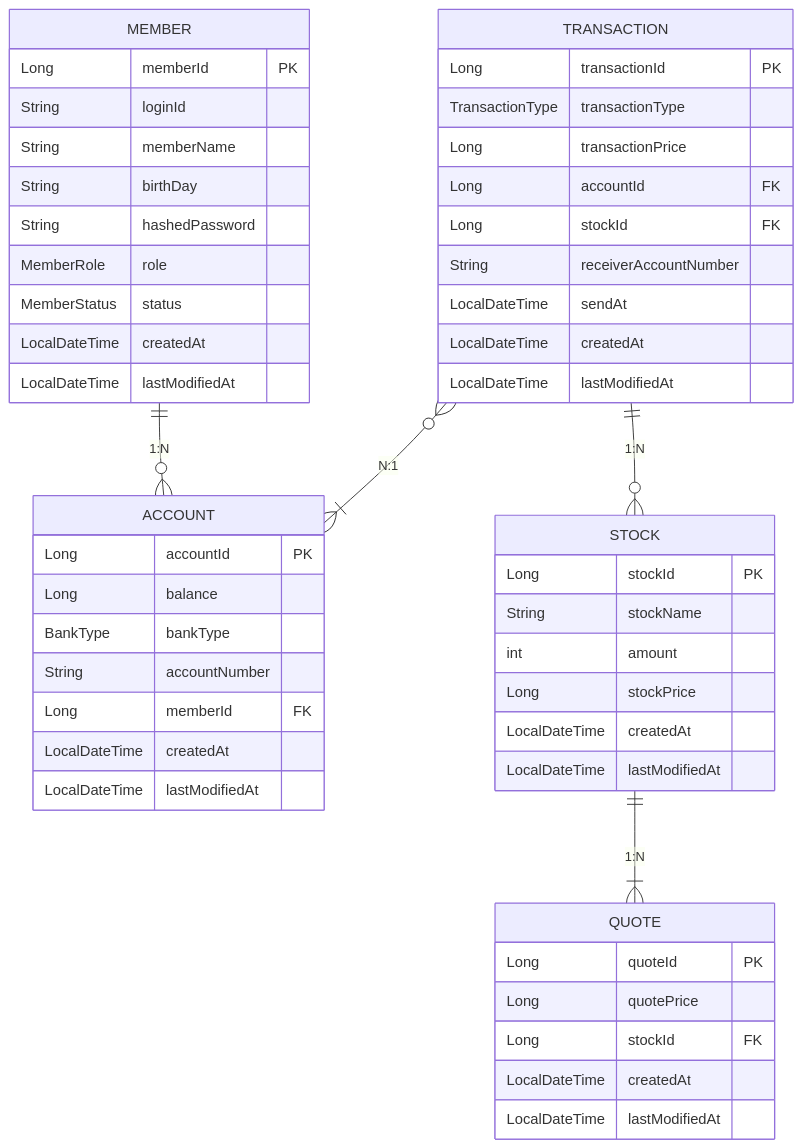
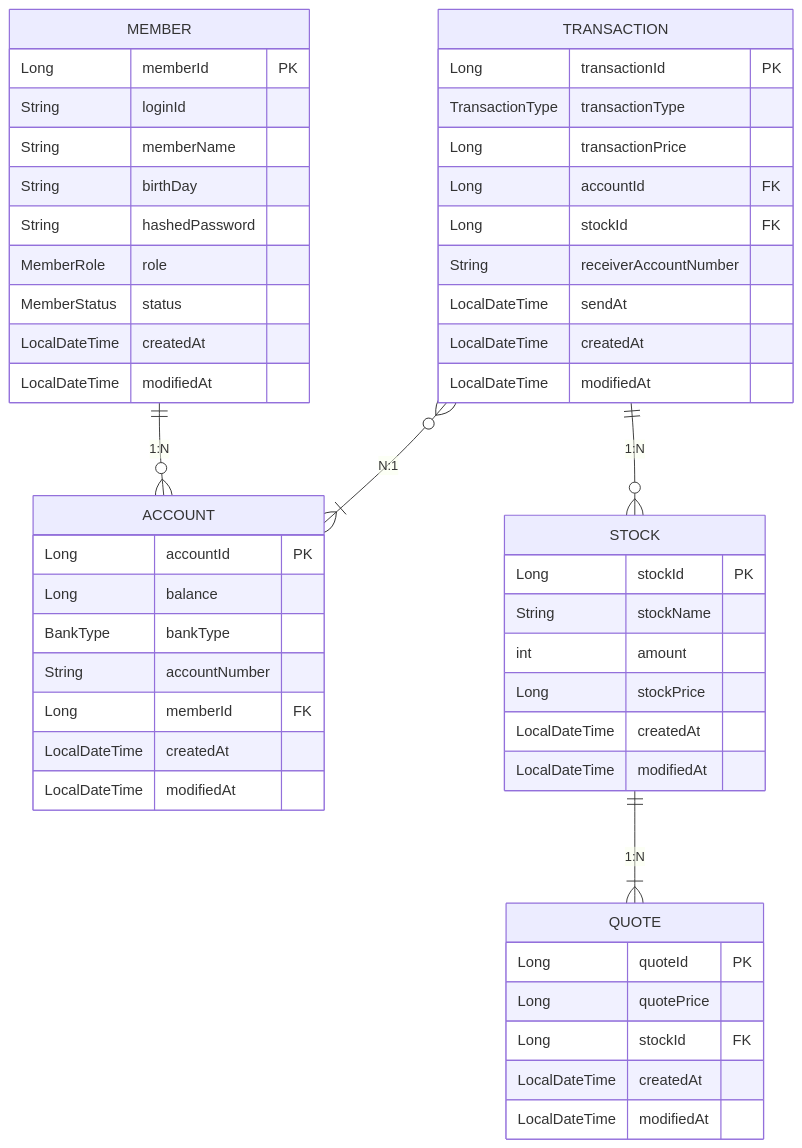
One commit to jongwanra/toss-server-batch changed the diagram in README.md. Above: the diagram before and after it, drawn with Mermaid. The commit also changed 5 other files, not shown here.

````diff
--- a/README.md
+++ b/README.md
@@ -11,56 +11,56 @@
 ```mermaid
 erDiagram
     MEMBER ||--o{ ACCOUNT : "1:N"
     MEMBER {
         Long memberId PK
         String loginId
         String memberName
         String birthDay
         String hashedPassword
         MemberRole role
         MemberStatus status
         LocalDateTime createdAt
-        LocalDateTime lastModifiedAt
+        LocalDateTime modifiedAt
     }
     ACCOUNT {
         Long accountId PK
         Long balance
         BankType bankType
         String accountNumber
         Long memberId FK
         LocalDateTime createdAt
-        LocalDateTime lastModifiedAt
+        LocalDateTime modifiedAt
     }
     
     TRANSACTION ||--o{ STOCK : "1:N"
     TRANSACTION }o--|{ ACCOUNT: "N:1"
     TRANSACTION {
         Long transactionId PK
         TransactionType transactionType
         Long transactionPrice
         Long accountId FK
         Long stockId FK
         String receiverAccountNumber
         LocalDateTime sendAt
         LocalDateTime createdAt
-        LocalDateTime lastModifiedAt
+        LocalDateTime modifiedAt
         
     }
     STOCK ||--|{ QUOTE : "1:N"
     STOCK {
         Long stockId PK
         String stockName
         int amount
         Long stockPrice
         LocalDateTime createdAt
-        LocalDateTime lastModifiedAt
+        LocalDateTime modifiedAt
     }
     QUOTE {
         Long quoteId PK
         Long quotePrice
         Long stockId FK
         LocalDateTime createdAt
-        LocalDateTime lastModifiedAt
+        LocalDateTime modifiedAt
     }
 
 ```
````
